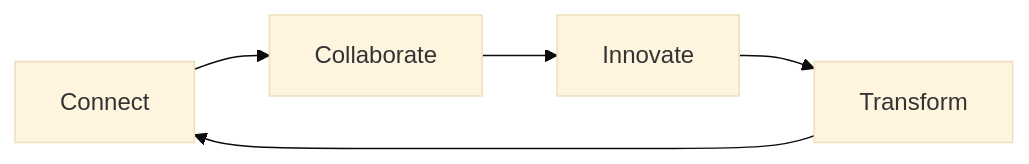
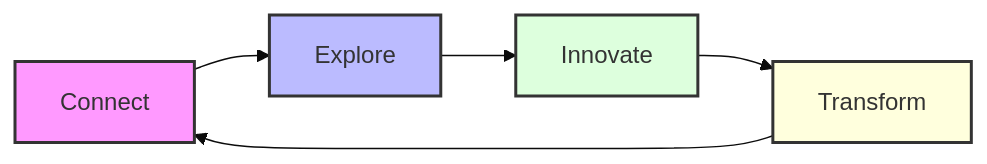
The sixth of 6 diagrams in README.md (sapienskid/sapienskid), drawn with Mermaid (base theme) before and after one commit. The commit also changed other lines of this file, not shown here.

````diff
--- a/README.md
+++ b/README.md
@@ -258,7 +192,11 @@
 ```mermaid
-graph LR
-    A[Connect] --> B[Collaborate]
+flowchart LR
+    A[Connect] --> B[Explore]
     B --> C[Innovate]
     C --> D[Transform]
     D --> A
+    style A fill:#f9f,stroke:#333,stroke-width:2px
+    style B fill:#bbf,stroke:#333,stroke-width:2px
+    style C fill:#dfd,stroke:#333,stroke-width:2px
+    style D fill:#ffd,stroke:#333,stroke-width:2px
 ```
````
